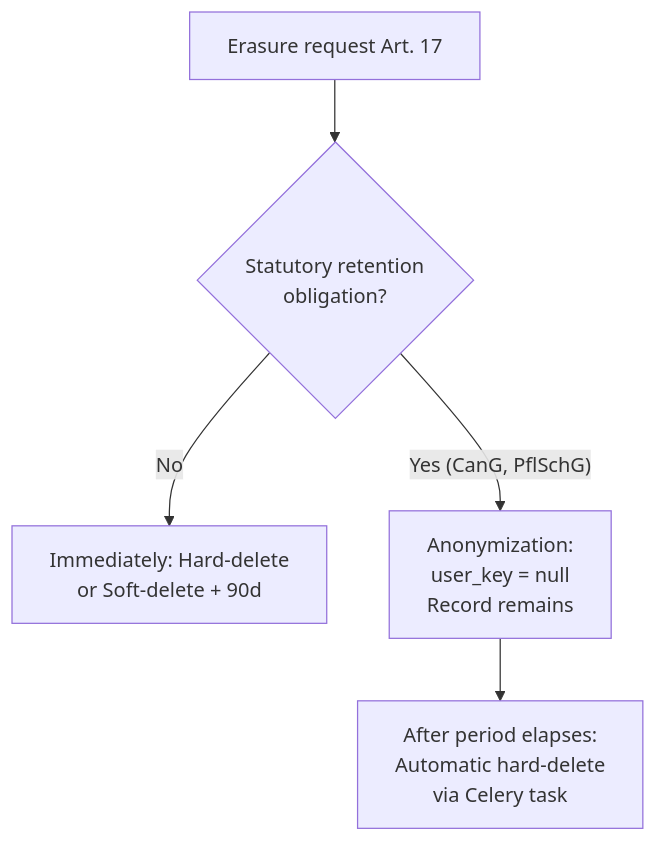
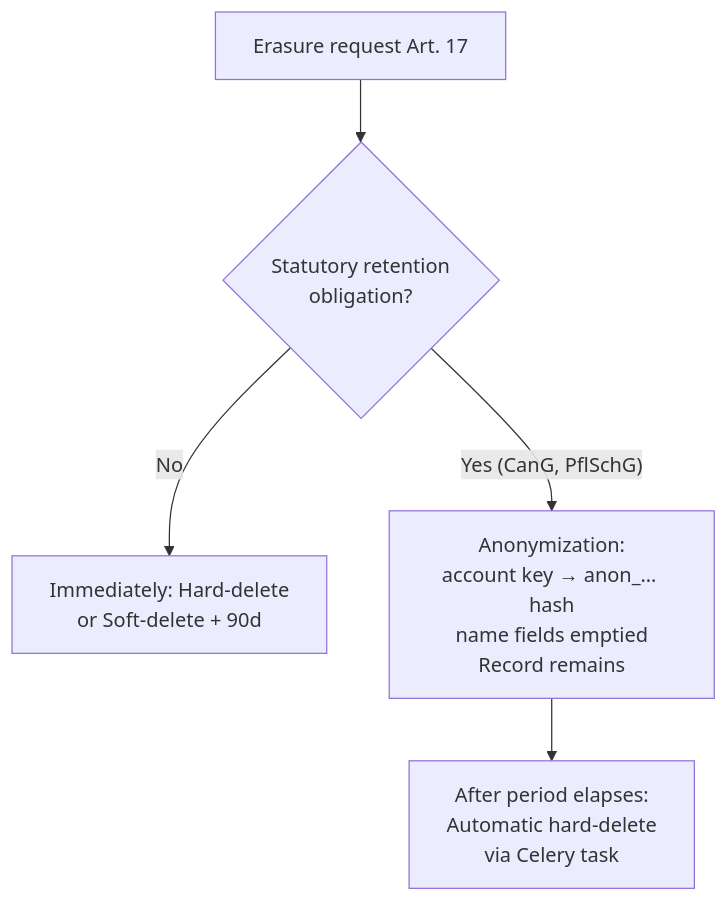
The third of 3 diagrams in docs/de/guides/data-retention.md (nolte/kamerplanter), drawn with Mermaid before and after one commit. The commit also changed other lines of this file and 48 other files, not shown here.

````diff
--- a/docs/de/guides/data-retention.md
+++ b/docs/de/guides/data-retention.md
@@ -219,7 +271,7 @@
 ```mermaid
 flowchart TD
     A["Erasure request Art. 17"] --> B{"Statutory retention<br/>obligation?"}
     B -- "No" --> C["Immediately: Hard-delete<br/>or Soft-delete + 90d"]
-    B -- "Yes (CanG, PflSchG)" --> D["Anonymization:<br/>user_key = null<br/>Record remains"]
+    B -- "Yes (CanG, PflSchG)" --> D["Anonymization:<br/>account key → anon_… hash<br/>name fields emptied<br/>Record remains"]
     D --> E["After period elapses:<br/>Automatic hard-delete<br/>via Celery task"]
 ```
````
